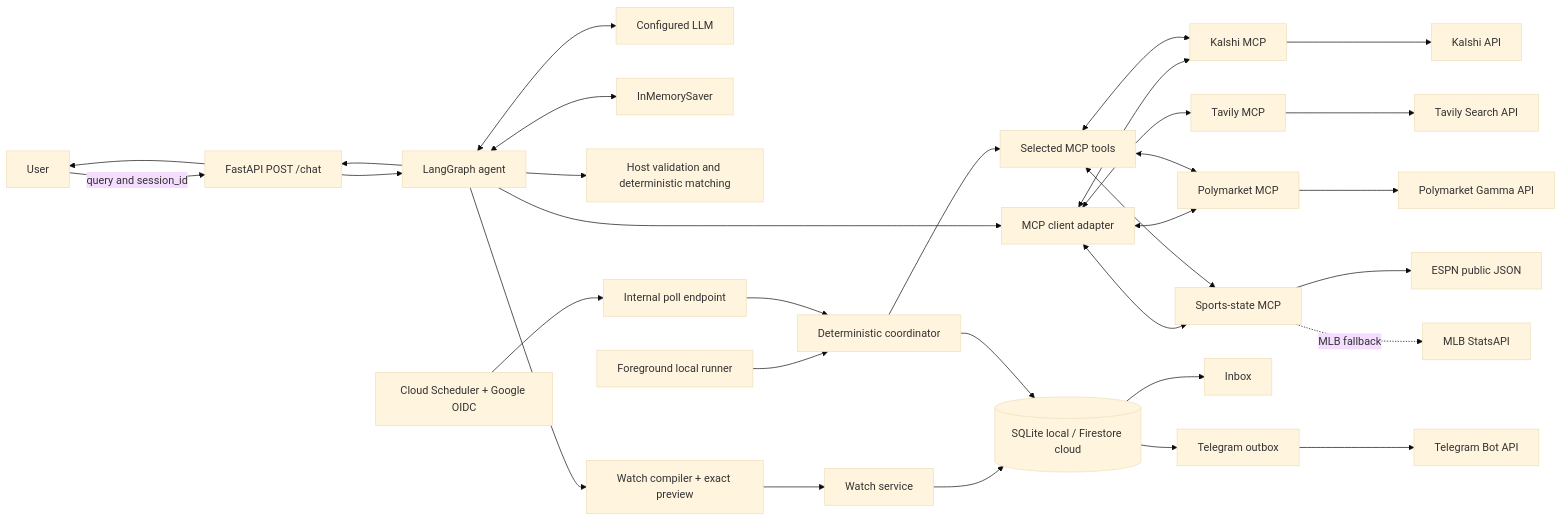
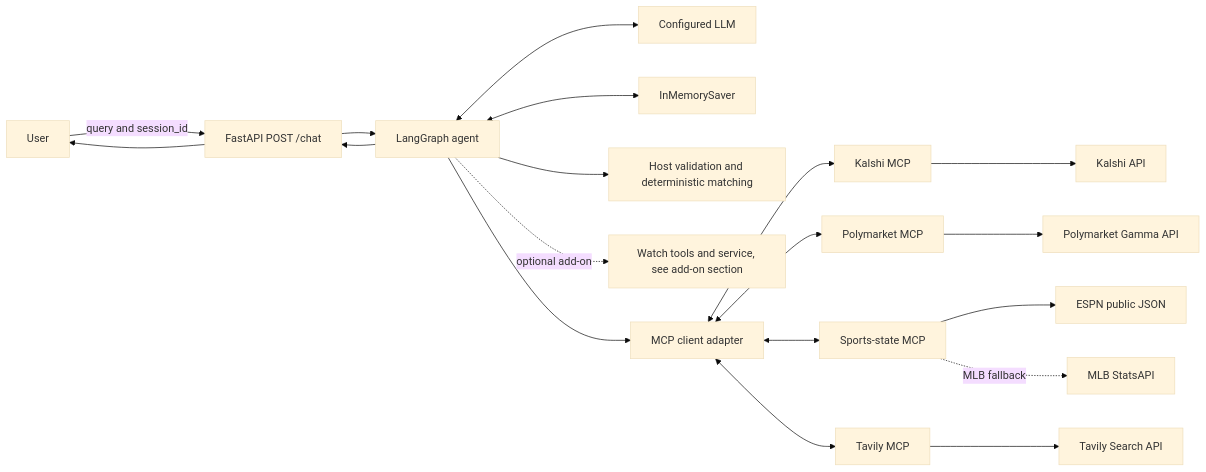
Before and after one commit to waderylan/prediction-market-agent: the first of 4 diagrams in README.md, drawn with Mermaid (base theme). The commit also changed other lines of this file and 3 other files, not shown here.

````diff
--- a/README.md
+++ b/README.md
@@ -289,34 +226,21 @@
 ```mermaid
 flowchart LR
     U[User] -->|query and session_id| F[FastAPI POST /chat]
     F --> G[LangGraph agent]
     G <--> L[Configured LLM]
     G <--> M[InMemorySaver]
     G --> V[Host validation and deterministic matching]
-    G --> WC[Watch compiler + exact preview]
+    G -. optional add-on .-> WA[Watch tools and service, see add-on section]
     G --> A[MCP client adapter]
     A <--> K[Kalshi MCP]
     A <--> P[Polymarket MCP]
     A <--> S[Sports-state MCP]
     A <--> T[Tavily MCP]
     K --> KA[Kalshi API]
     P --> PA[Polymarket Gamma API]
     S --> ESPN[ESPN public JSON]
     S -. MLB fallback .-> MLB[MLB StatsAPI]
     T --> TA[Tavily Search API]
-    WC --> WR[Watch service]
-    WR --> DB[(SQLite local / Firestore cloud)]
-    CS[Cloud Scheduler + Google OIDC] --> PE[Internal poll endpoint]
-    LR[Foreground local runner] --> CO[Deterministic coordinator]
-    PE --> CO
-    CO --> SA[Selected MCP tools]
-    SA <--> K
-    SA <--> P
-    SA <--> S
-    CO --> DB
-    DB --> IN[Inbox]
-    DB --> OB[Telegram outbox]
-    OB --> TG[Telegram Bot API]
     G --> F
     F --> U
 ```
````
